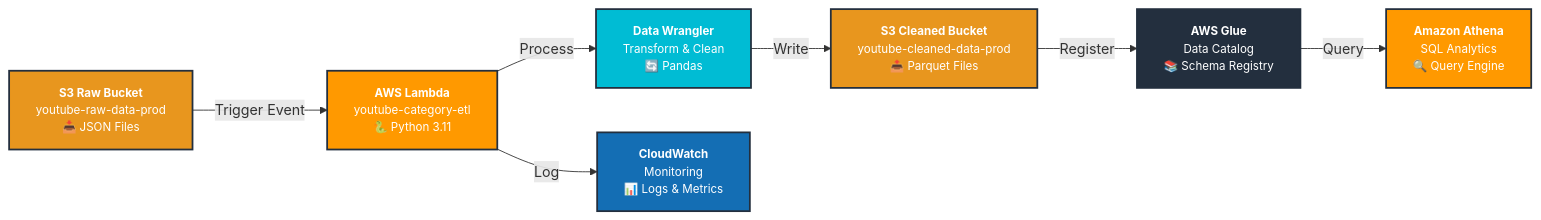
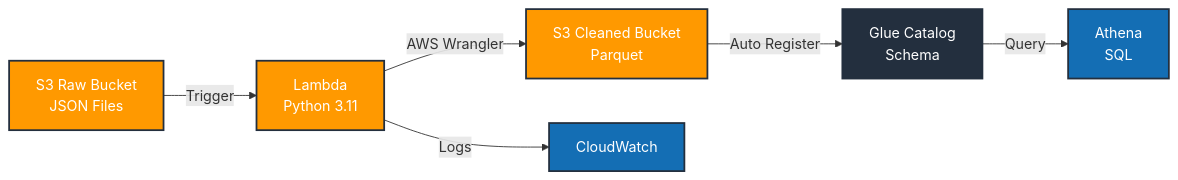
Before and after one commit to Vishnudrm/Youtube_analysis_using_Athena: the diagram in README.md, drawn with Mermaid. The commit also changed other lines of this file, not shown here.

````diff
--- a/README.md
+++ b/README.md
@@ -30,25 +7,15 @@
 ```mermaid
 graph LR
-    A["<b>S3 Raw Bucket</b><br/>youtube-raw-data-prod<br/>📥 JSON Files"] 
-    B["<b>AWS Lambda</b><br/>youtube-category-etl<br/>🐍 Python 3.11"]
-    C["<b>Data Wrangler</b><br/>Transform & Clean<br/>🔄 Pandas"]
-    D["<b>S3 Cleaned Bucket</b><br/>youtube-cleaned-data-prod<br/>📤 Parquet Files"]
-    E["<b>AWS Glue</b><br/>Data Catalog<br/>📚 Schema Registry"]
-    F["<b>Amazon Athena</b><br/>SQL Analytics<br/>🔍 Query Engine"]
-    G["<b>CloudWatch</b><br/>Monitoring<br/>📊 Logs & Metrics"]
+    A["S3 Raw Bucket<br/>JSON Files"] -->|Trigger| B["Lambda<br/>Python 3.11"]
+    B -->|AWS Wrangler| C["S3 Cleaned Bucket<br/>Parquet"]
+    C -->|Auto Register| D["Glue Catalog<br/>Schema"]
+    D -->|Query| E["Athena<br/>SQL"]
+    B -->|Logs| F["CloudWatch"]
     
-    A -->|Trigger Event| B
-    B -->|Process| C
-    C -->|Write| D
-    D -->|Register| E
-    E -->|Query| F
-    B -->|Log| G
-    
-    style A fill:#E8961E,stroke:#232F3E,stroke-width:2px,color:#fff,font-size:13px
-    style B fill:#FF9900,stroke:#232F3E,stroke-width:2px,color:#fff,font-size:13px
-    style C fill:#00BCD4,stroke:#232F3E,stroke-width:2px,color:#fff,font-size:13px
-    style D fill:#E8961E,stroke:#232F3E,stroke-width:2px,color:#fff,font-size:13px
-    style E fill:#232F3E,stroke:#232F3E,stroke-width:2px,color:#fff,font-size:13px
-    style F fill:#FF9900,stroke:#232F3E,stroke-width:2px,color:#fff,font-size:13px
-    style G fill:#146EB4,stroke:#232F3E,stroke-width:2px,color:#fff,font-size:13px
+    style A fill:#FF9900,stroke:#232F3E,stroke-width:2px,color:#fff
+    style B fill:#FF9900,stroke:#232F3E,stroke-width:2px,color:#fff
+    style C fill:#FF9900,stroke:#232F3E,stroke-width:2px,color:#fff
+    style D fill:#232F3E,stroke:#232F3E,stroke-width:2px,color:#fff
+    style E fill:#146EB4,stroke:#232F3E,stroke-width:2px,color:#fff
+    style F fill:#146EB4,stroke:#232F3E,stroke-width:2px,color:#fff
 ```
````
